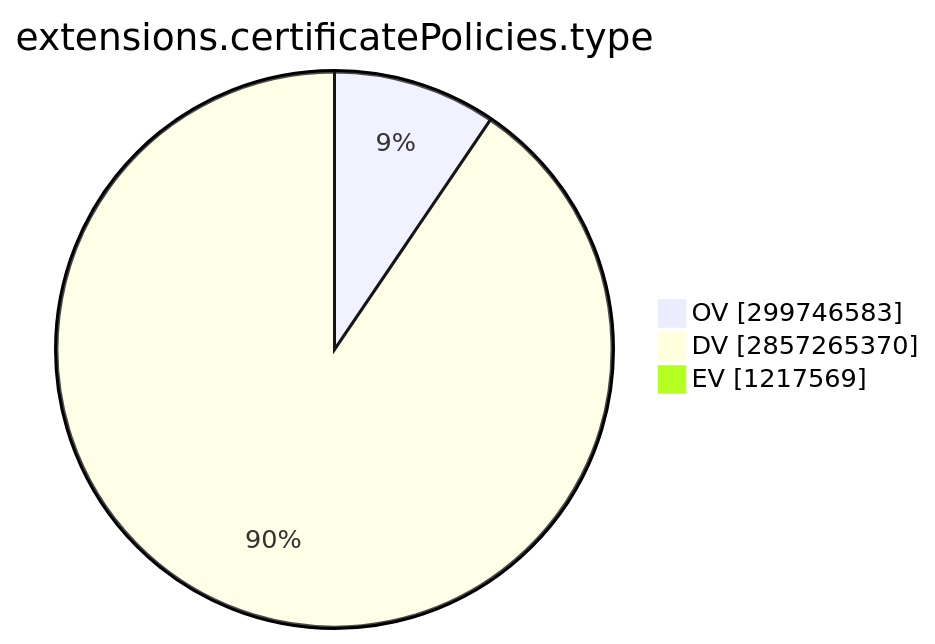
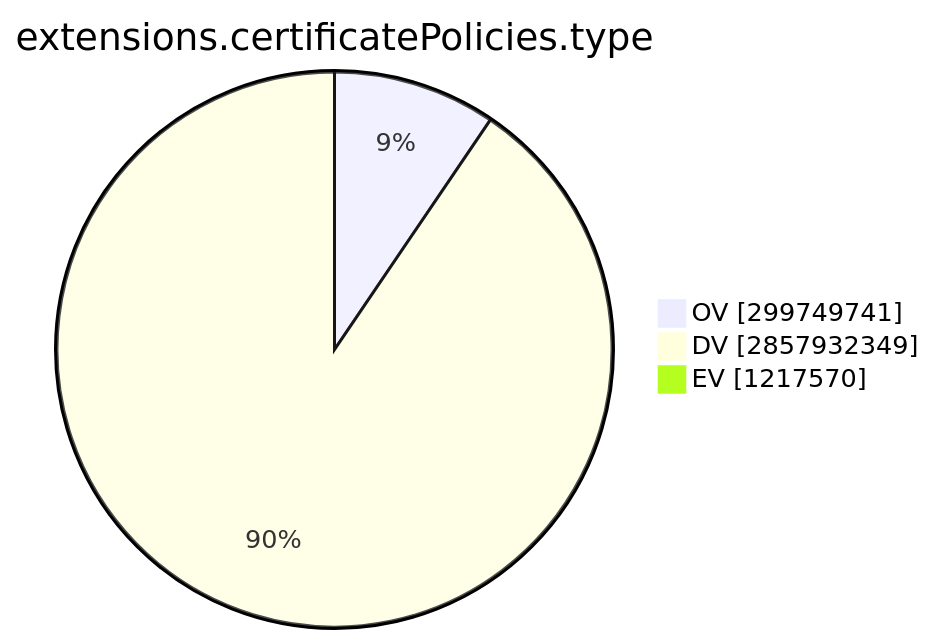
Before and after one commit to christiankrug/ctmonitor_visualization: the ninth of 15 diagrams in TOTAL/README.md, drawn with Mermaid. The commit also changed other lines of this file, not shown here.

````diff
--- a/TOTAL/README.md
+++ b/TOTAL/README.md
@@ -3101,7 +3101,7 @@
 ```mermaid
 pie showData
 title extensions.certificatePolicies.type
-"OV" :299746583
-"DV" :2857265370
-"EV" :1217569
+"OV" :299749741
+"DV" :2857932349
+"EV" :1217570
 ```
````
